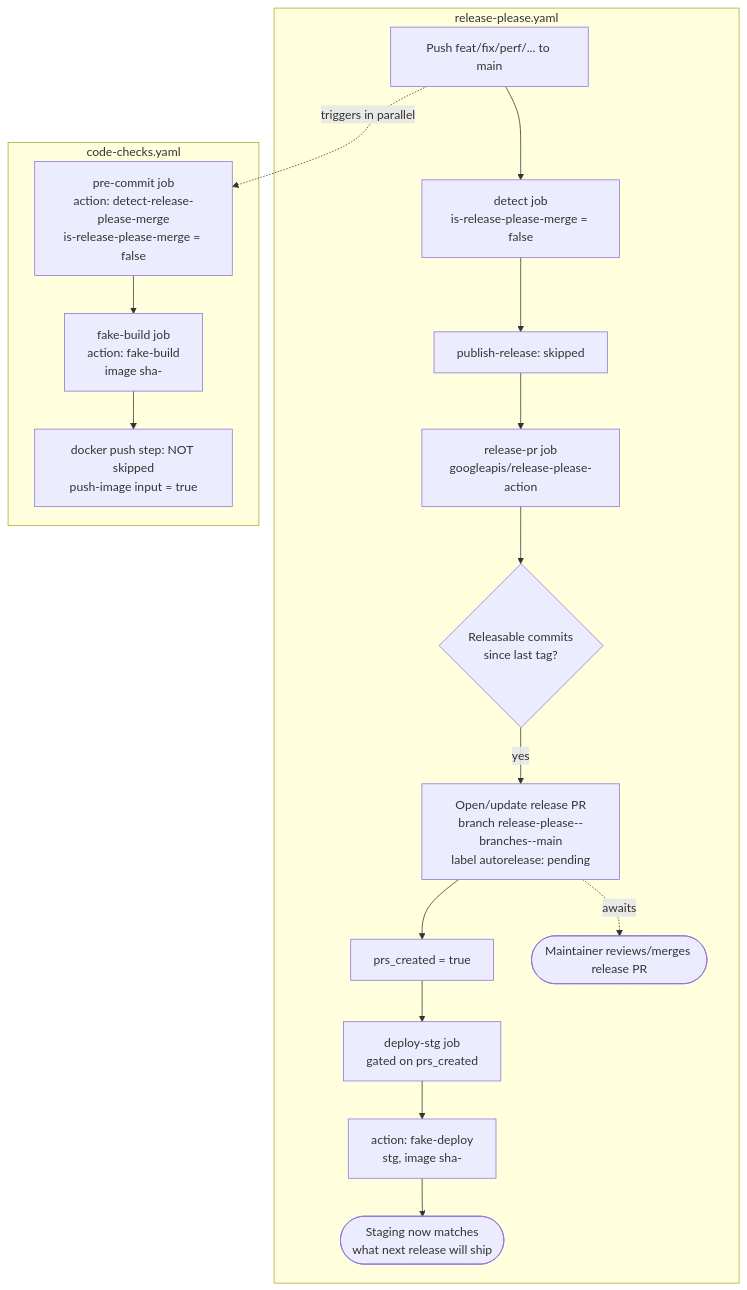
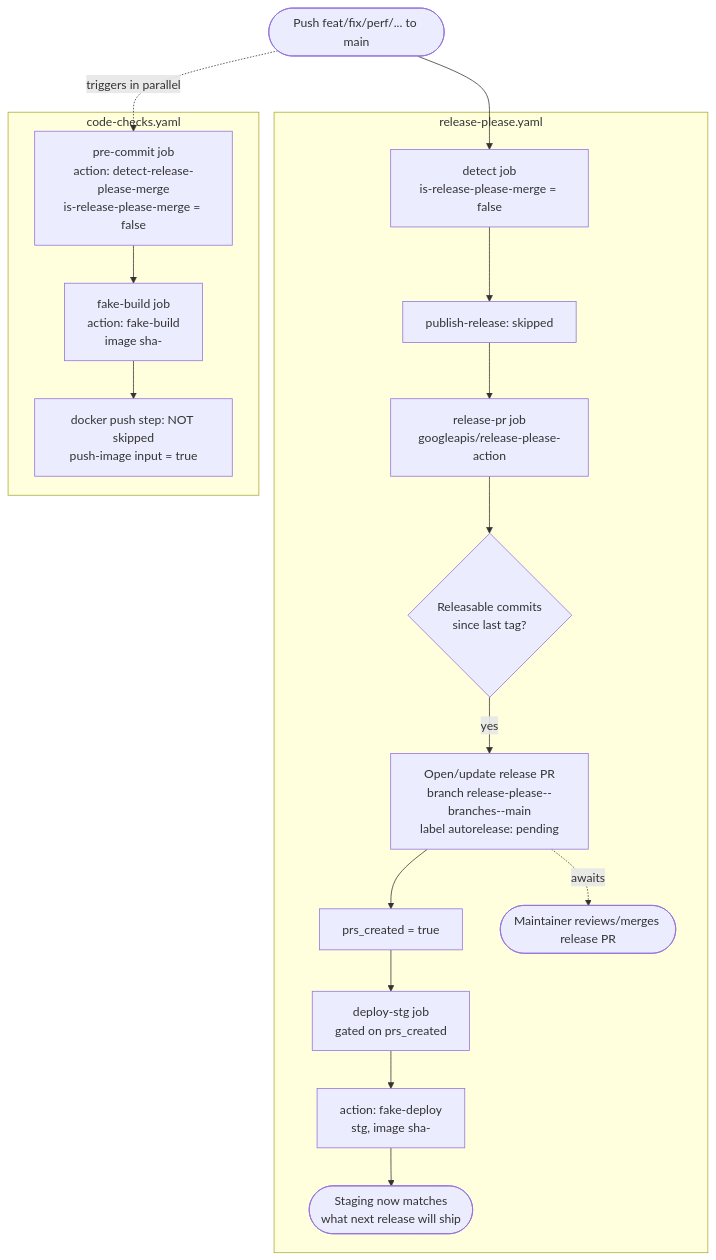
One commit to looztra/release-please-sandbox changed the second of 3 diagrams in docs/functional-workflows.md. Above: the diagram before and after it, drawn with Mermaid. The commit also changed other lines of this file, not shown here.

Commit message:
feat(docs): enhance functional workflows documentation with clearer mermaid diagrams for CI processes

````diff
--- a/docs/functional-workflows.md
+++ b/docs/functional-workflows.md
@@ -36,23 +39,26 @@
 ```mermaid
 flowchart TD
+    EVT([Push feat/fix/perf/... to main])
+
     subgraph RP[release-please.yaml]
-        A[Push feat/fix/perf/... to main] --> B[detect job\nis-release-please-merge = false]
+        B[detect job\nis-release-please-merge = false]
         B --> C[publish-release: skipped]
         C --> D[release-pr job\ngoogleapis/release-please-action]
         D --> E{Releasable commits\nsince last tag?}
         E -->|yes| F[Open/update release PR\nbranch release-please--branches--main\nlabel autorelease: pending]
         F --> G[prs_created = true]
         G --> H[deploy-stg job\ngated on prs_created]
         H --> I[action: fake-deploy\nstg, image sha-<commit-sha>]
         I --> J([Staging now matches\nwhat next release will ship])
         F -.awaits.-> K([Maintainer reviews/merges release PR])
     end
 
     subgraph CC[code-checks.yaml]
         L[pre-commit job\naction: detect-release-please-merge\nis-release-please-merge = false]
         L --> L1[fake-build job\naction: fake-build\nimage sha-<commit-sha>]
         L1 --> L2[docker push step: NOT skipped\npush-image input = true]
     end
 
-    A -.triggers in parallel.-> L
+    EVT --> B
+    EVT -.triggers in parallel.-> L
 ```
````
